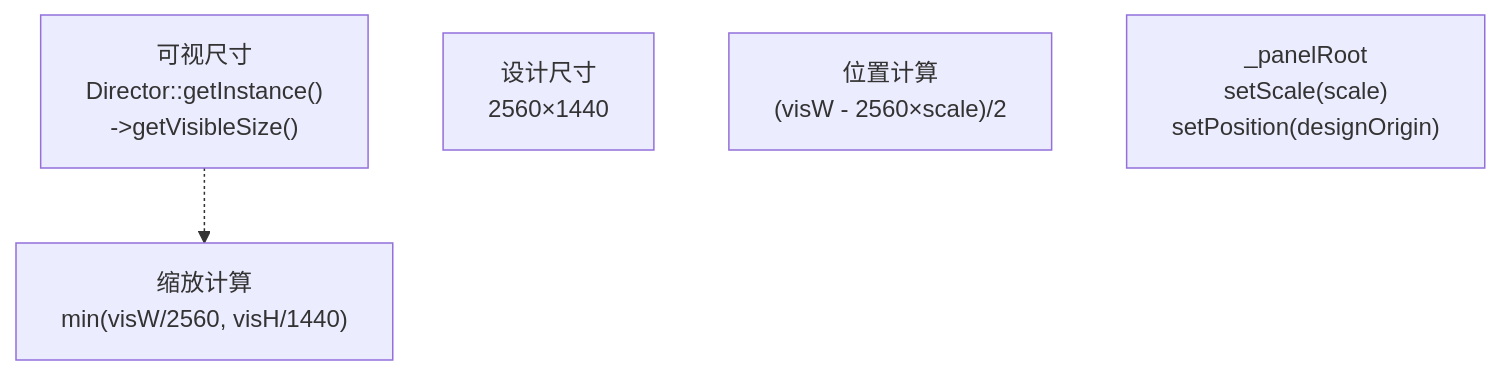
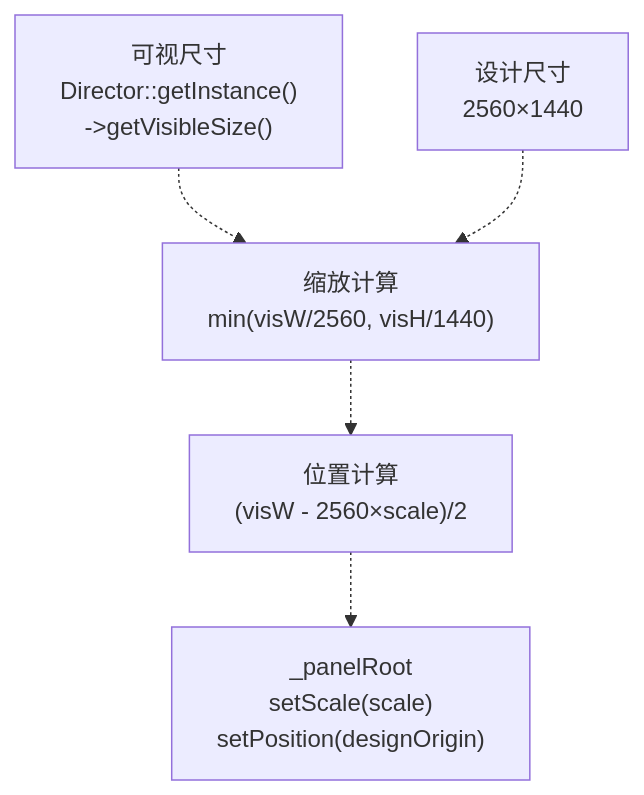
One commit to lilong555/Adventure-King changed the second of 3 diagrams in docs/deekwiki/背包层（InventoryLayer）.md. Above: the diagram before and after it, drawn with Mermaid. The commit also changed other lines of this file and 54 other files, not shown here.

````diff
--- a/docs/deekwiki/背包层（InventoryLayer）.md
+++ b/docs/deekwiki/背包层（InventoryLayer）.md
@@ -92,11 +92,14 @@
 ```mermaid
 flowchart TD
 
 VisibleSize["可视尺寸<br>Director::getInstance()<br>->getVisibleSize()"]
 DesignSize["设计尺寸<br>2560×1440"]
 ScaleCalc["缩放计算<br>min(visW/2560, visH/1440)"]
 Position["位置计算<br>(visW - 2560×scale)/2"]
 PanelRoot["_panelRoot<br>setScale(scale)<br>setPosition(designOrigin)"]
 
 VisibleSize -.-> ScaleCalc
+DesignSize -.-> ScaleCalc
+ScaleCalc -.-> Position
+Position -.-> PanelRoot
 ```
````
